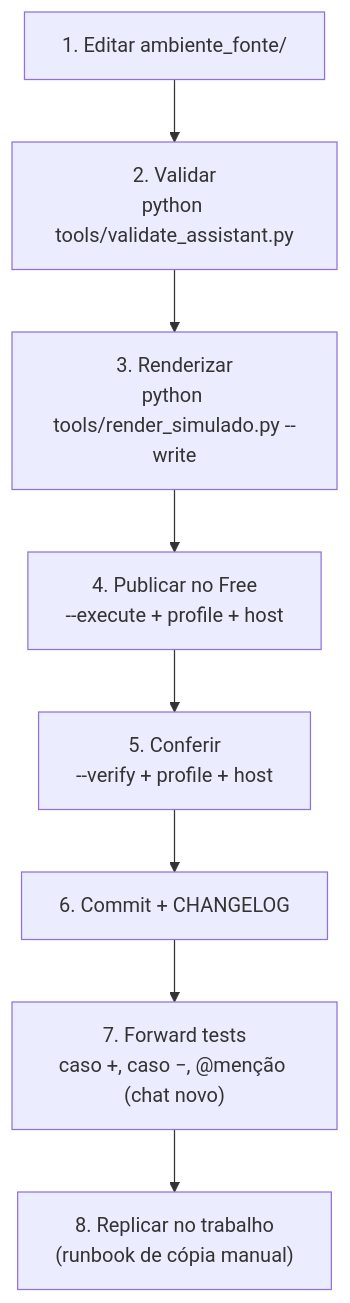
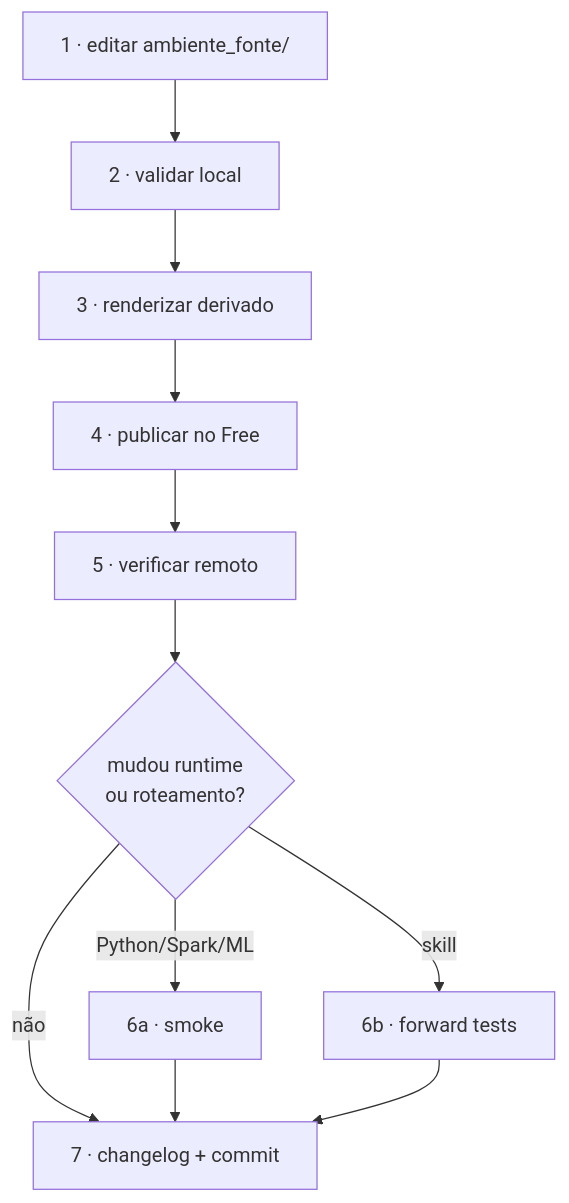
Before and after one commit to Guimarais-R-Rodrigo/Ambiente_Databricks: the second of 3 diagrams in README.md, drawn with Mermaid. The commit also changed other lines of this file and 32 other files, not shown here.

````diff
--- a/README.md
+++ b/README.md
@@ -169,10 +114,13 @@
 ```mermaid
 flowchart TD
-  E["1. Editar ambiente_fonte/"] --> V["2. Validar\npython tools/validate_assistant.py"]
-  V --> R["3. Renderizar\npython tools/render_simulado.py --write"]
-  R --> P["4. Publicar no Free\n--execute + profile + host"]
-  P --> C["5. Conferir\n--verify + profile + host"]
-  C --> G["6. Commit + CHANGELOG"]
-  G --> T["7. Forward tests\ncaso +, caso −, @menção (chat novo)"]
-  T --> W["8. Replicar no trabalho\n(runbook de cópia manual)"]
+  E["1 · editar ambiente_fonte/"] --> V["2 · validar local"]
+  V --> R["3 · renderizar derivado"]
+  R --> P["4 · publicar no Free"]
+  P --> C["5 · verificar remoto"]
+  C --> T{"mudou runtime<br/>ou roteamento?"}
+  T -->|"Python/Spark/ML"| S["6a · smoke"]
+  T -->|"skill"| F["6b · forward tests"]
+  T -->|"não"| L["7 · changelog + commit"]
+  S --> L
+  F --> L
 ```
````
